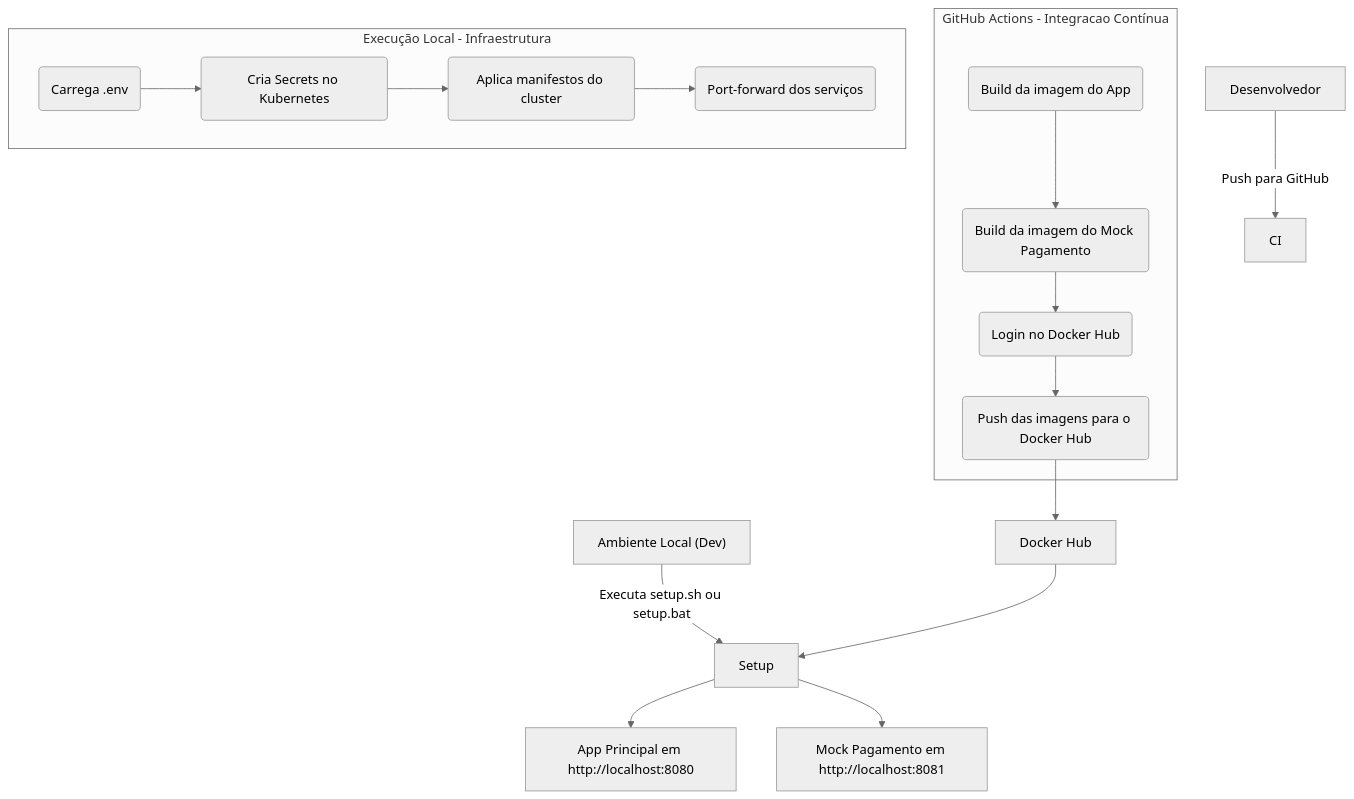
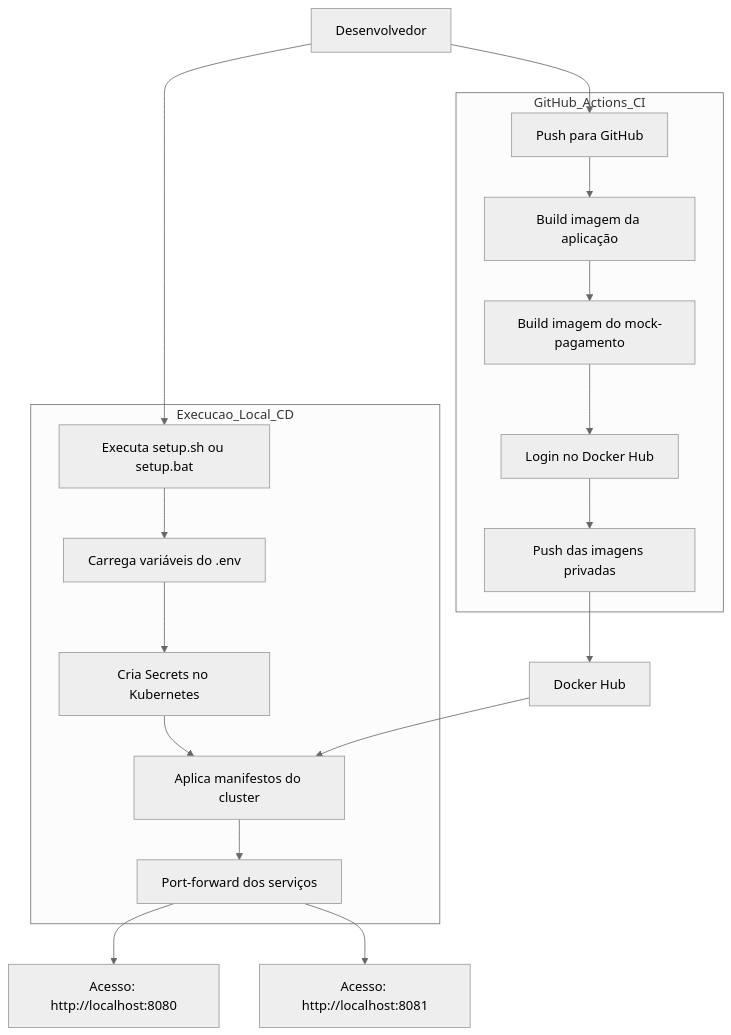
The diagram in README.md (ns-fiap-tc/tech_challenge_fiap), drawn with Mermaid (neutral theme) before and after one commit.

Commit message:
doc: flow chart adjutsments

````diff
--- a/README.md
+++ b/README.md
@@ -153,28 +153,26 @@
 ```mermaid
 flowchart TD
-    Dev[Desenvolvedor] -->|Push para GitHub| CI
+    dev[Desenvolvedor] --> pushGit[Push para GitHub]
 
-    subgraph GitHub_Actions["GitHub Actions - Integracao Contínua"]
-        CI1(Build da imagem do App)
-        CI2(Build da imagem do Mock Pagamento)
-        CI3(Login no Docker Hub)
-        CI4(Push das imagens para o Docker Hub)
-        CI1 --> CI2 --> CI3 --> CI4
+    subgraph GitHub_Actions_CI
+        pushGit --> buildApp[Build imagem da aplicação]
+        buildApp --> buildMock[Build imagem do mock-pagamento]
+        buildMock --> dockerLogin[Login no Docker Hub]
+        dockerLogin --> pushImages[Push das imagens privadas]
     end
 
-    CI4 --> DockerHub["Docker Hub"]
+    pushImages --> dockerHub[Docker Hub]
 
-    Dev2["Ambiente Local (Dev)"] -->|Executa setup.sh ou setup.bat| Setup
+    dev --> runSetup[Executa setup.sh ou setup.bat]
 
-    subgraph Setup_Local["Execução Local - Infraestrutura"]
-        S1(Carrega .env)
-        S2(Cria Secrets no Kubernetes)
-        S3(Aplica manifestos do cluster)
-        S4(Port-forward dos serviços)
-        S1 --> S2 --> S3 --> S4
+    subgraph Execucao_Local_CD
+        runSetup --> loadEnv[Carrega variáveis do .env]
+        loadEnv --> createSecrets[Cria Secrets no Kubernetes]
+        createSecrets --> applyManifests[Aplica manifestos do cluster]
+        applyManifests --> portForward[Port-forward dos serviços]
     end
 
-    DockerHub --> Setup
-    Setup --> App["App Principal em http://localhost:8080"]
-    Setup --> Mock["Mock Pagamento em http://localhost:8081"]
+    dockerHub --> applyManifests
+    portForward --> appAccess[Acesso: http://localhost:8080]
+    portForward --> mockAccess[Acesso: http://localhost:8081]
 ```
````
